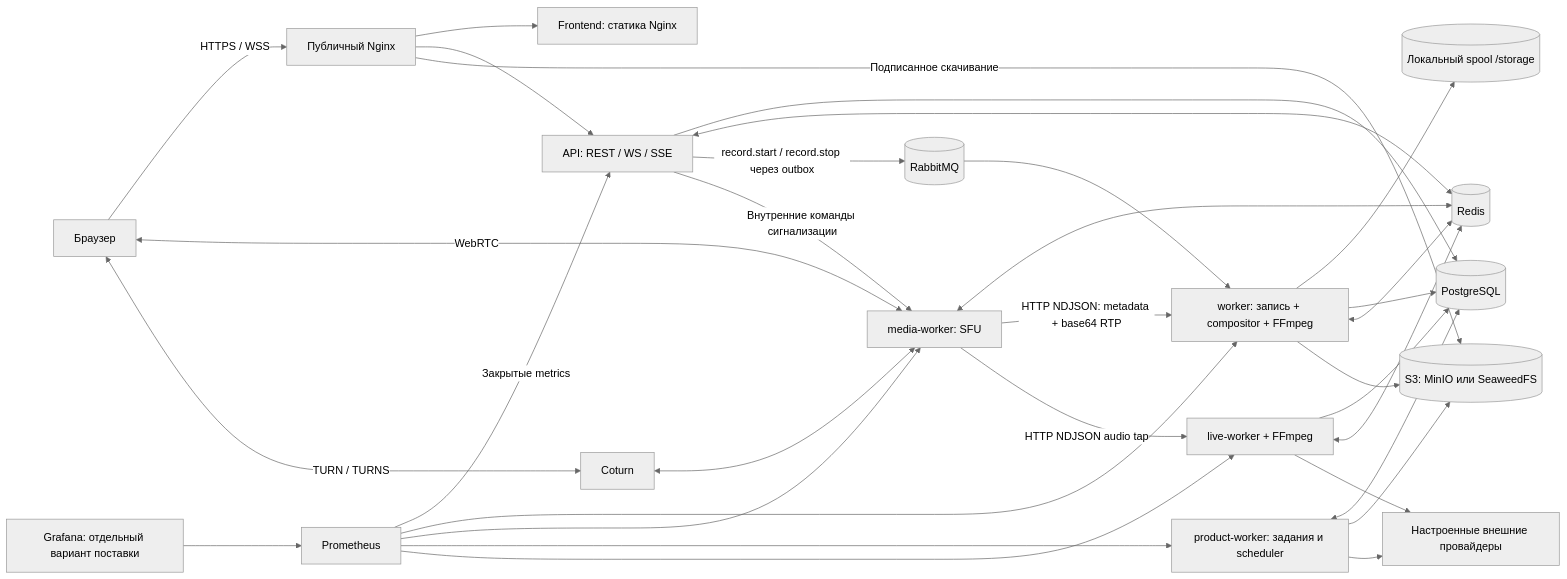
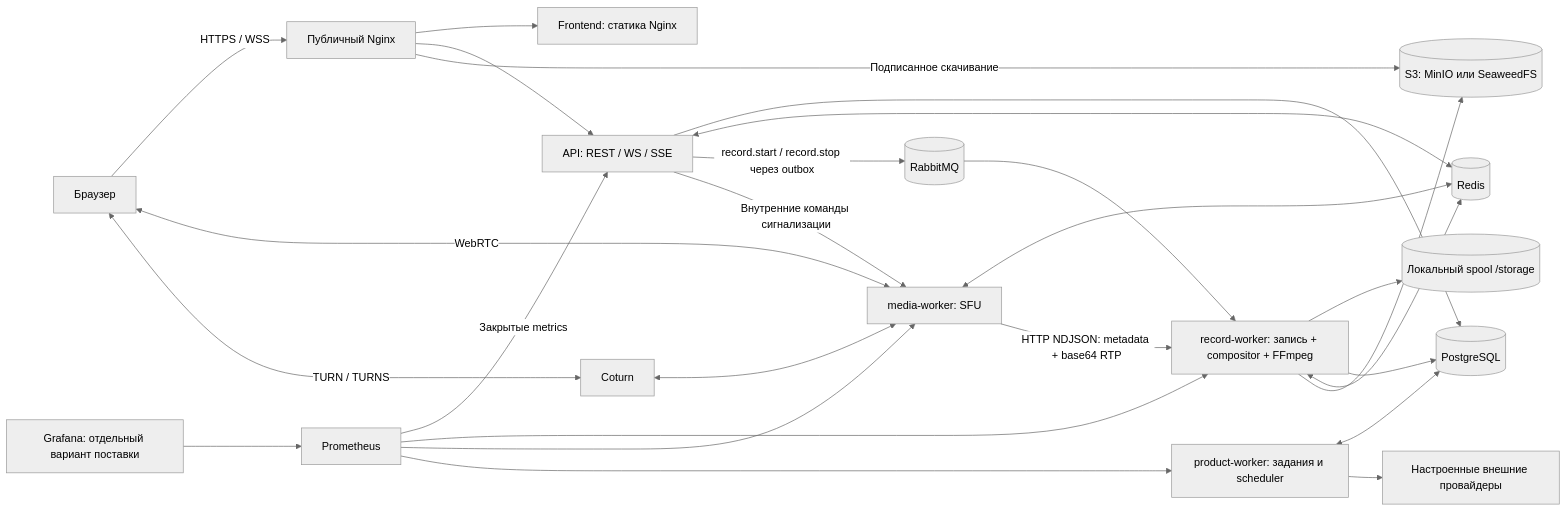
Before and after one commit to janickiy/meet-space: the diagram in docs/ARCHITECTURE.md, drawn with Mermaid (neutral theme). The commit also changed other lines of this file and 201 other files, not shown here.

Commit message:
Remove speech features and rename recording service to record-worker

````diff
--- a/docs/ARCHITECTURE.md
+++ b/docs/ARCHITECTURE.md
@@ -11,34 +11,28 @@
 ```mermaid
 flowchart LR
   Browser[Браузер] -->|HTTPS / WSS| Proxy[Публичный Nginx]
   Proxy --> Frontend[Frontend: статика Nginx]
   Proxy --> API[API: REST / WS / SSE]
   Proxy -->|Подписанное скачивание| Objects[(S3: MinIO или SeaweedFS)]
   Browser <-->|WebRTC| SFU[media-worker: SFU]
   Browser <-->|TURN / TURNS| TURN[Coturn]
   TURN <--> SFU
   API --> PG[(PostgreSQL)]
   API <--> Redis[(Redis)]
   API -->|record.start / record.stop через outbox| Rabbit[(RabbitMQ)]
   API -->|Внутренние команды сигнализации| SFU
   SFU <--> Redis
-  Rabbit --> Recorder[worker: запись + compositor + FFmpeg]
+  Rabbit --> Recorder[record-worker: запись + compositor + FFmpeg]
   SFU -->|HTTP NDJSON: metadata + base64 RTP| Recorder
   Recorder --> Spool[(Локальный spool /storage)]
   Recorder --> PG
   Recorder <--> Redis
   Recorder --> Objects
   Product[product-worker: задания и scheduler] <--> PG
-  Product --> Objects
   Product --> Providers[Настроенные внешние провайдеры]
-  SFU -->|HTTP NDJSON audio tap| Live[live-worker + FFmpeg]
-  Live --> PG
-  Live <--> Redis
-  Live --> Providers
   Prometheus[Prometheus] -->|Закрытые metrics| API
   Prometheus --> Recorder
   Prometheus --> SFU
   Prometheus --> Product
-  Prometheus --> Live
   Grafana[Grafana: отдельный вариант поставки] --> Prometheus
 ```
````
